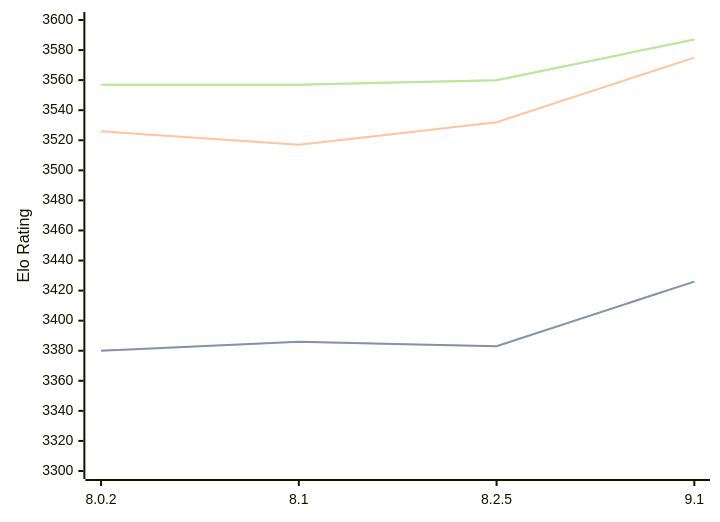
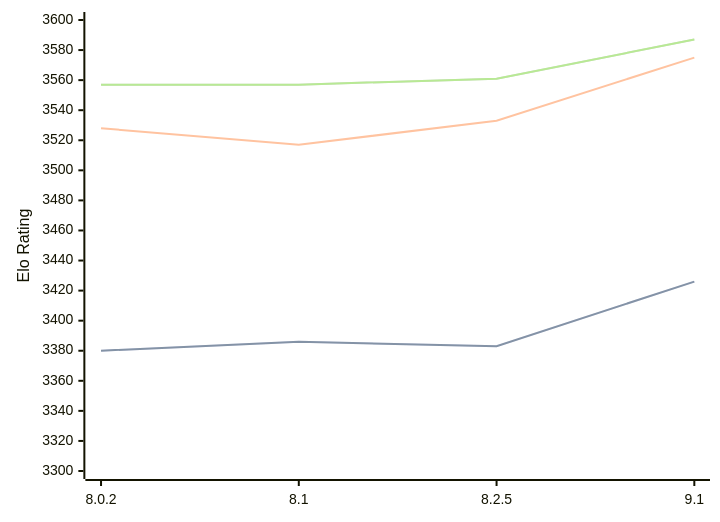
Before and after one commit to computer-chess-index/cci: the diagram in engines/Clover.md, drawn with Mermaid. The commit also changed other lines of this file, not shown here.

Commit message:
Update CCI Ratings (ELO VLTC) - 2026-02-26

````diff
--- a/engines/Clover.md
+++ b/engines/Clover.md
@@ -62,11 +62,11 @@
 ```mermaid
 %%{init: {"theme":"base","themeVariables":{"seriesColors:['#a3a3a3','#222221','#faa371']}}}%%
 xychart-beta
   x-axis ["8.0.2", "8.1", "8.2.5", "9.1"]
   y-axis "Elo Rating" 3300 --> 3600
   line "STC (8.0+0.08s)" [3380, 3386, 3383, 3426]
   line "STC (8.0+0.08s)" [3380, 3386, 3383, 3426]
-  line "LTC (60.0+0.60s)" [3526, 3517, 3532, 3575]
-  line "VLTC (2m24s+1.12s)" [3557, 3557, 3560, 3587]
-  line "VLTC (2m24s+1.12s)" [3557, 3557, 3560, 3587]
+  line "LTC (60.0+0.60s)" [3528, 3517, 3533, 3575]
+  line "VLTC (2m24s+1.12s)" [3557, 3557, 3561, 3587]
+  line "VLTC (2m24s+1.12s)" [3557, 3557, 3561, 3587]
 ```
````
